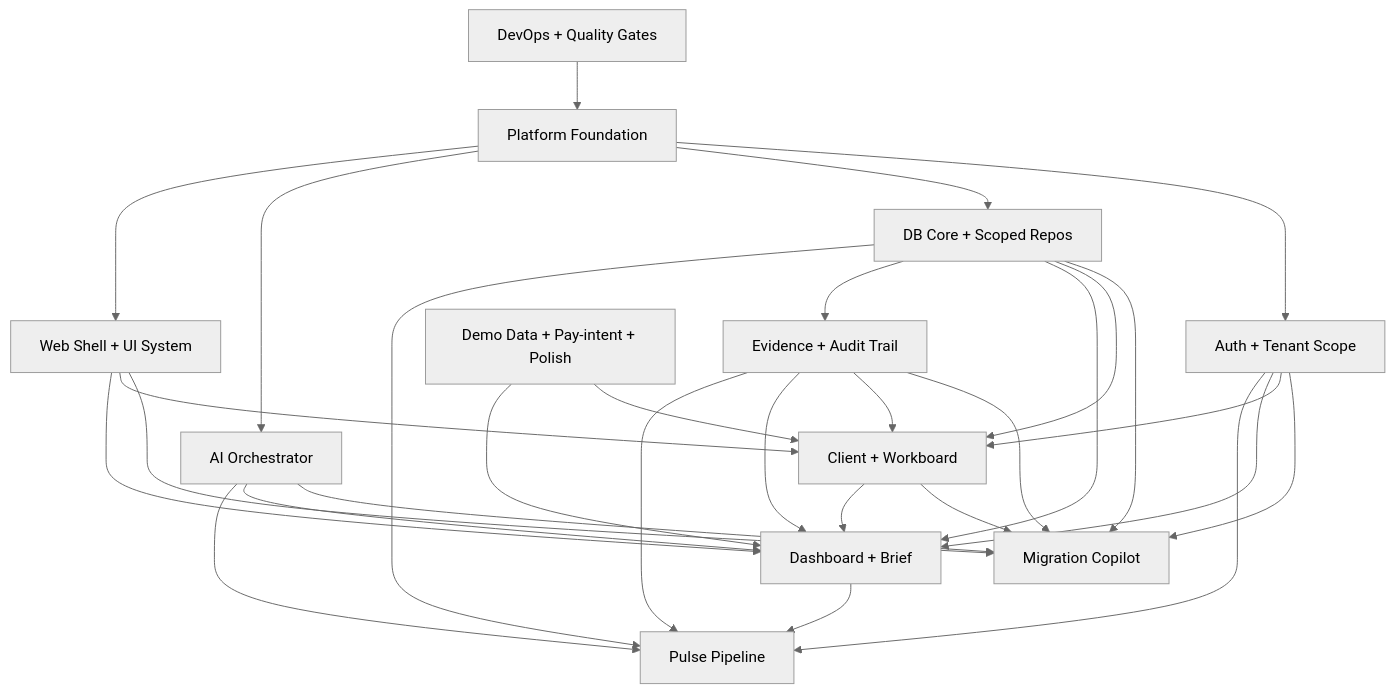
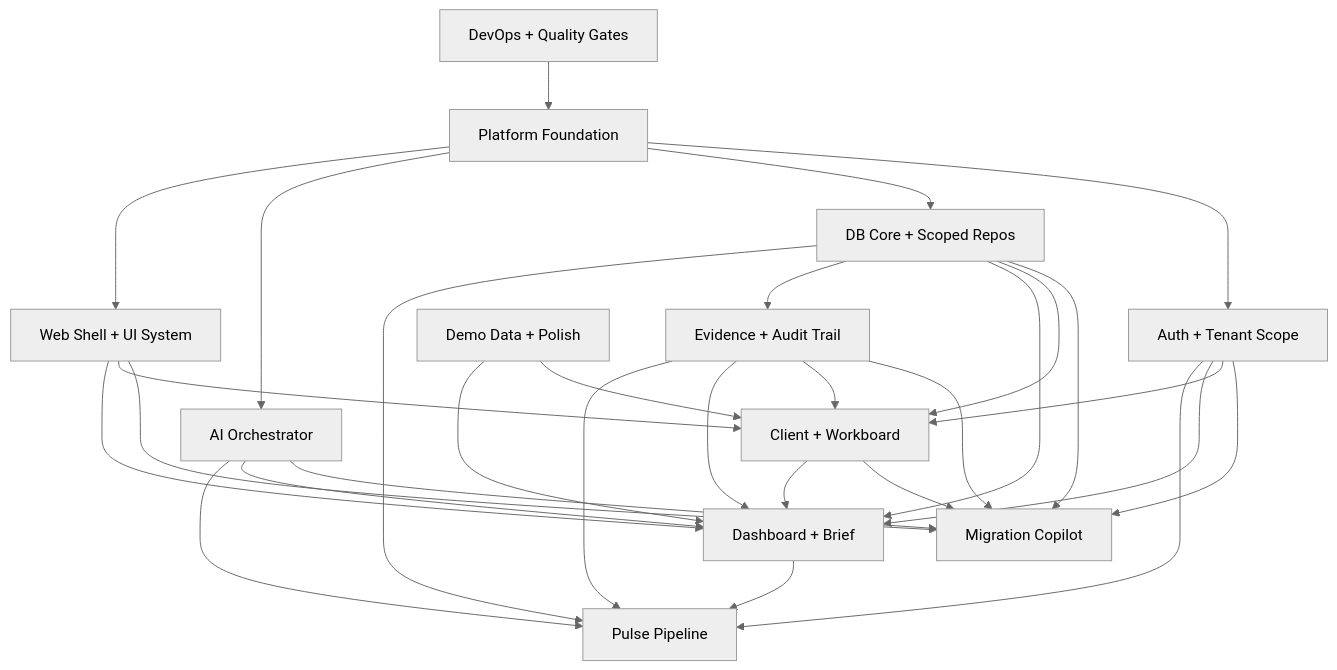
One commit to langgenius/due-date-hq-jhx-lyz changed the diagram in docs/dev-file/09-Demo-Sprint-Module-Playbook.md. Above: the diagram before and after it, drawn with Mermaid (neutral theme). The commit also changed other lines of this file and 9 other files, not shown here.

Commit message:
refactor: remove pay-intent references from PRD and related documentation; update billing terminology and demo objectives to reflect product direction

````diff
--- a/docs/dev-file/09-Demo-Sprint-Module-Playbook.md
+++ b/docs/dev-file/09-Demo-Sprint-Module-Playbook.md
@@ -577,45 +573,45 @@
 ```mermaid
 flowchart TD
   Platform["Platform Foundation"]
   WebShell["Web Shell + UI System"]
   Auth["Auth + Tenant Scope"]
   DB["DB Core + Scoped Repos"]
   AI["AI Orchestrator"]
   Migration["Migration Copilot"]
   Workboard["Client + Workboard"]
   Dashboard["Dashboard + Brief"]
   Evidence["Evidence + Audit Trail"]
   Pulse["Pulse Pipeline"]
-  Demo["Demo Data + Pay-intent + Polish"]
+  Demo["Demo Data + Polish"]
   DevOps["DevOps + Quality Gates"]
 
   Platform --> Auth
   Platform --> DB
   Platform --> AI
   Platform --> WebShell
   Auth --> Migration
   Auth --> Workboard
   Auth --> Dashboard
   Auth --> Pulse
   DB --> Migration
   DB --> Workboard
   DB --> Dashboard
   DB --> Evidence
   DB --> Pulse
   AI --> Migration
   AI --> Dashboard
   AI --> Pulse
   WebShell --> Migration
   WebShell --> Workboard
   WebShell --> Dashboard
   Evidence --> Migration
   Evidence --> Workboard
   Evidence --> Dashboard
   Evidence --> Pulse
   Workboard --> Migration
   Workboard --> Dashboard
   Dashboard --> Pulse
   Demo --> Workboard
   Demo --> Dashboard
   DevOps --> Platform
 ```
````
